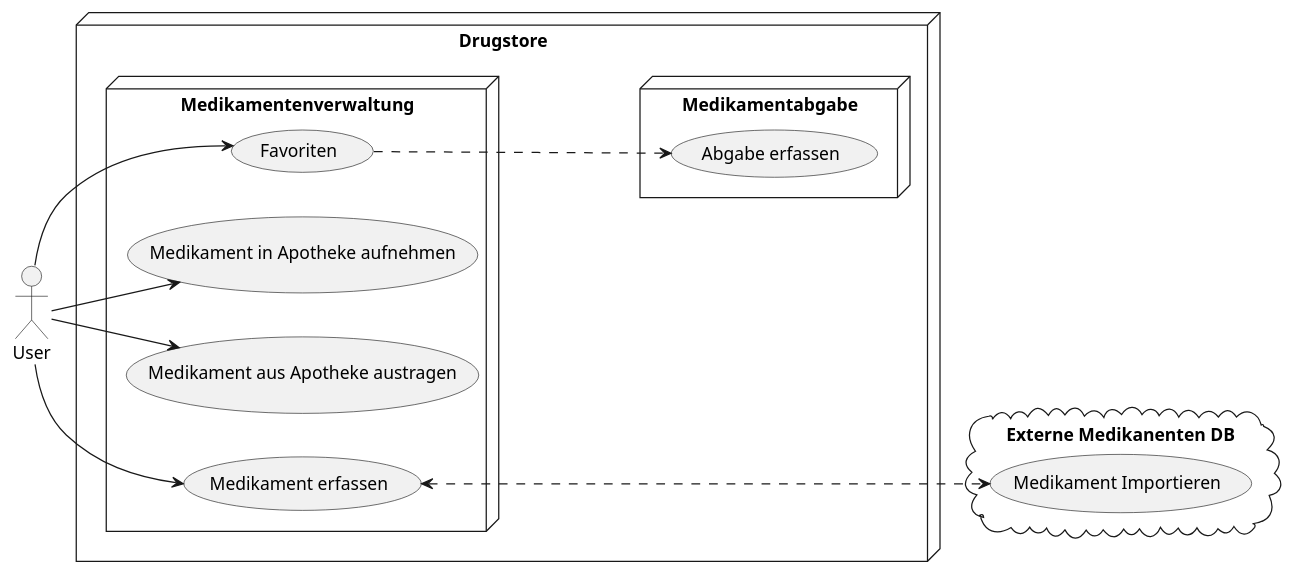
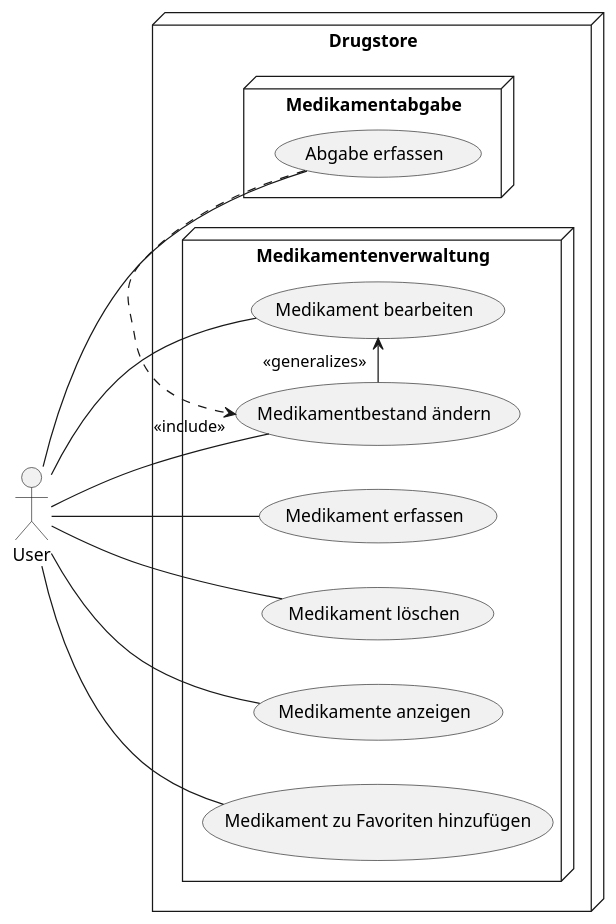
One commit to lucahost/drugstore changed the diagram in docs/use-cases/20_drug-management.puml. Above: the diagram before and after it, drawn with PlantUML. The commit also changed 5 other files, not shown here.

```diff
--- a/docs/use-cases/20_drug-management.puml
+++ b/docs/use-cases/20_drug-management.puml
@@ -1,28 +1,34 @@
 @startuml usecase-overview
 left to right direction
 node Drugstore {
 
     node Medikamentenverwaltung {
         usecase "Medikament erfassen" as UC21
-        usecase "Medikament in Apotheke aufnehmen" as UC22
-        usecase "Medikament aus Apotheke austragen" as UC23
-        usecase "Favoriten" as UC24
+        usecase "Medikament bearbeiten" as UC22
+        usecase "Medikament löschen" as UC23
+        usecase "Medikamente anzeigen" as UC24
+        usecase "Medikamentbestand ändern" as UC25
+        usecase "Medikament zu Favoriten hinzufügen" as UC26
     }
 
     node Medikamentabgabe {
         usecase "Abgabe erfassen" as UC31
     }
 }
-cloud "Externe Medikanenten DB" {
-    usecase "Medikament Importieren" as DrugImport
-}
 
-:User: --> UC21
-:User: --> UC22
-:User: --> UC23
-:User: --> UC24
+:User: -- UC21
+:User: -- UC22
+:User: -- UC23
+:User: -- UC24
+:User: -- UC25
+:User: -- UC26
 
-UC24 ...> UC31
-UC21 <....> DrugImport
+:User: --- UC31
+
+
+UC22 <- "<<generalizes>>" UC25
+
+UC31 .> "<<include>>" UC25
+
 
 @enduml
```
